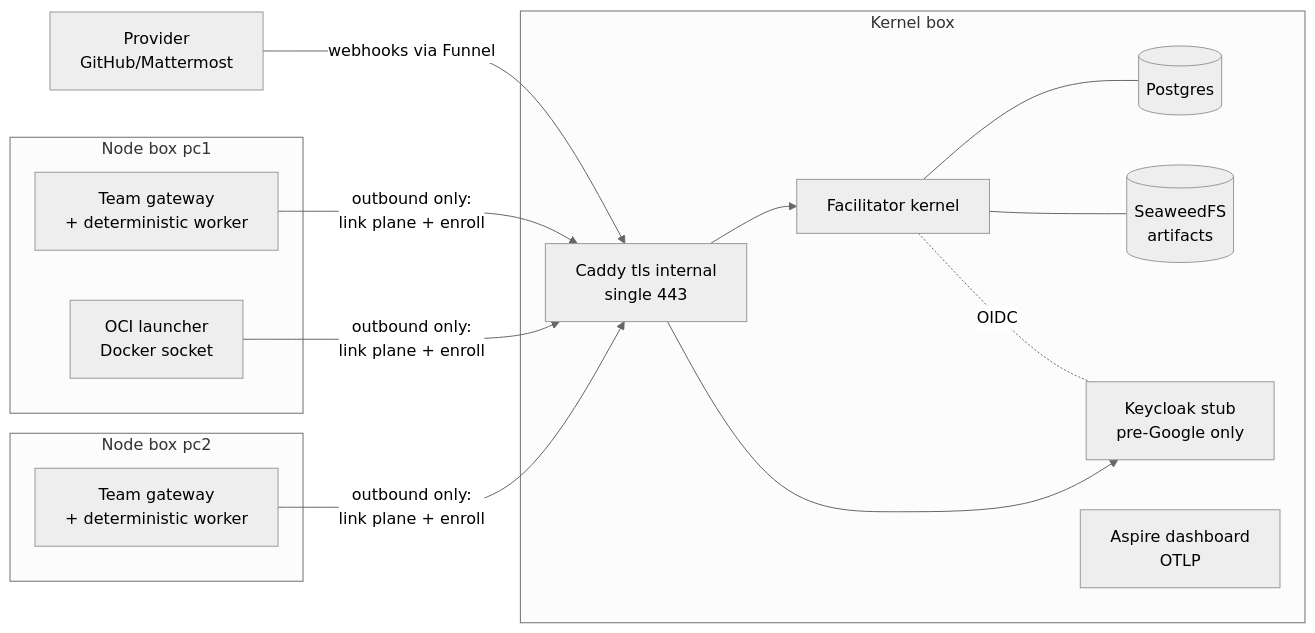
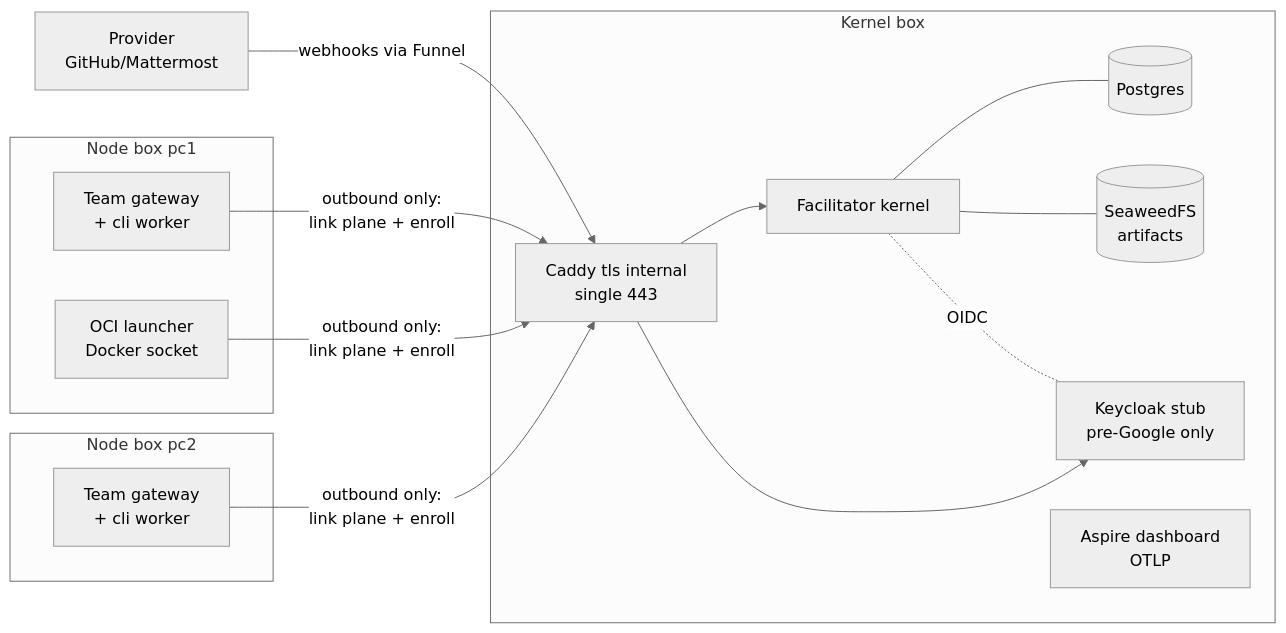
Before and after one commit to denisekart/open-facilitator: the diagram in examples/local/README.md, drawn with Mermaid (neutral theme). The commit also changed other lines of this file and 25 other files, not shown here.

````diff
--- a/examples/local/README.md
+++ b/examples/local/README.md
@@ -47,25 +47,25 @@
 ```mermaid
 flowchart LR
   subgraph kernelbox [Kernel box]
     K[Facilitator kernel]
     DB[(Postgres)]
     S3[(SeaweedFS\nartifacts)]
     ID[Keycloak stub\npre-Google only]
     A[Aspire dashboard\nOTLP]
     C[Caddy tls internal\nsingle 443]
     K --- DB
     K --- S3
     K -. OIDC .- ID
     C --> K
     C --> ID
   end
   subgraph node1 [Node box pc1]
-    G1[Team gateway\n+ deterministic worker]
+    G1[Team gateway\n+ cli worker]
     L1[OCI launcher\nDocker socket]
   end
   subgraph node2 [Node box pc2]
-    G2[Team gateway\n+ deterministic worker]
+    G2[Team gateway\n+ cli worker]
   end
   P[Provider\nGitHub/Mattermost] -- webhooks via Funnel --> C
   G1 & L1 & G2 -- outbound only:\nlink plane + enroll --> C
 ```
````
